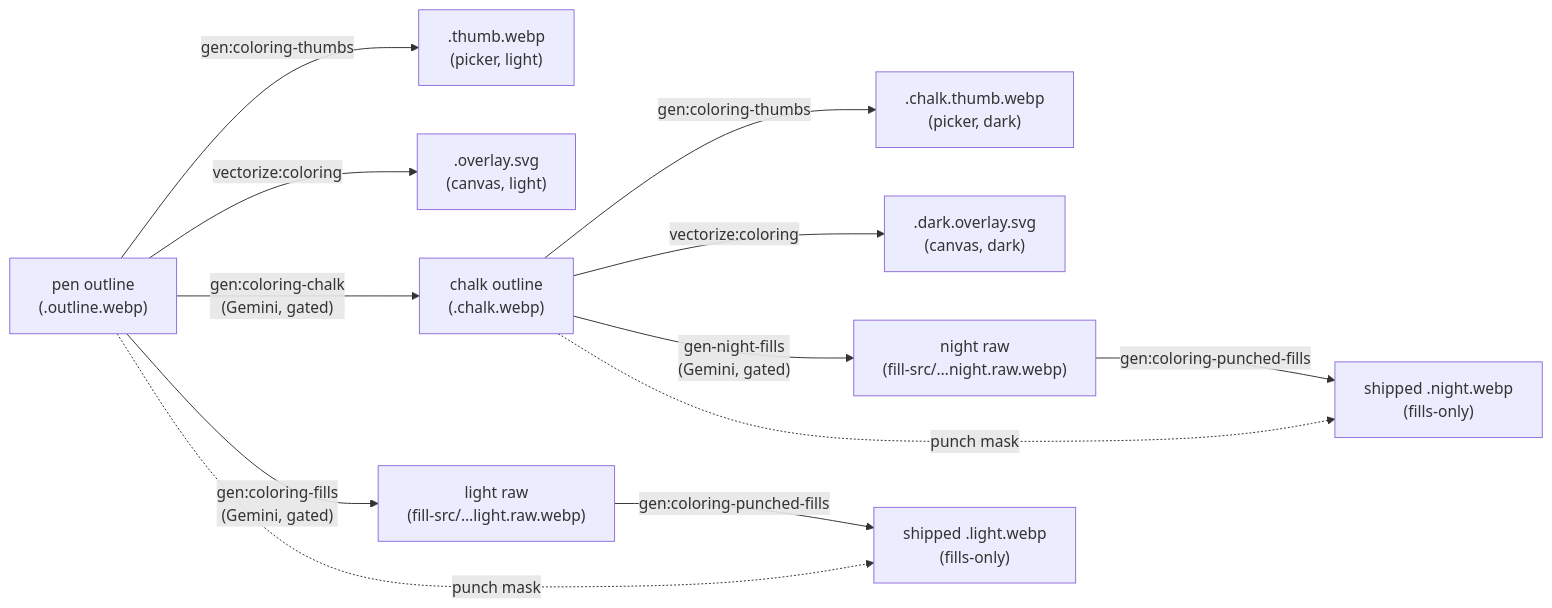
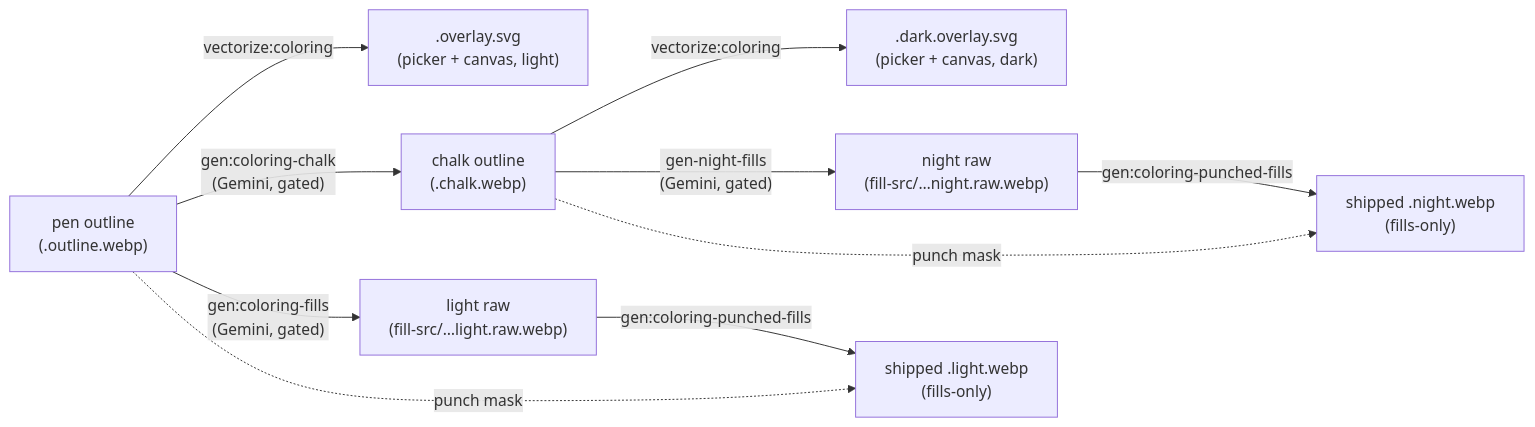
The diagram in tools/asset-gen/docs/pipeline.md (KyleMit/Splotch), drawn with Mermaid before and after one commit. The commit also changed other lines of this file and 409 other files, not shown here.

````diff
--- a/tools/asset-gen/docs/pipeline.md
+++ b/tools/asset-gen/docs/pipeline.md
@@ -20,14 +20,12 @@
 ```mermaid
 flowchart LR
-    O["pen outline<br/>(.outline.webp)"] -->|gen:coloring-thumbs| T[".thumb.webp<br/>(picker, light)"]
-    O -->|vectorize:coloring| PO[".overlay.svg<br/>(canvas, light)"]
+    O["pen outline<br/>(.outline.webp)"] -->|vectorize:coloring| PO[".overlay.svg<br/>(picker + canvas, light)"]
     O -->|"gen:coloring-chalk<br/>(Gemini, gated)"| C["chalk outline<br/>(.chalk.webp)"]
-    C -->|gen:coloring-thumbs| CT[".chalk.thumb.webp<br/>(picker, dark)"]
-    C -->|vectorize:coloring| CO[".dark.overlay.svg<br/>(canvas, dark)"]
+    C -->|vectorize:coloring| CO[".dark.overlay.svg<br/>(picker + canvas, dark)"]
     O -->|"gen:coloring-fills<br/>(Gemini, gated)"| LR2["light raw<br/>(fill-src/…light.raw.webp)"]
     C -->|"gen-night-fills<br/>(Gemini, gated)"| NR["night raw<br/>(fill-src/…night.raw.webp)"]
     LR2 -->|gen:coloring-punched-fills| LS["shipped .light.webp<br/>(fills-only)"]
     NR -->|gen:coloring-punched-fills| NS["shipped .night.webp<br/>(fills-only)"]
     O -.->|"punch mask"| LS
     C -.->|"punch mask"| NS
 ```
````
